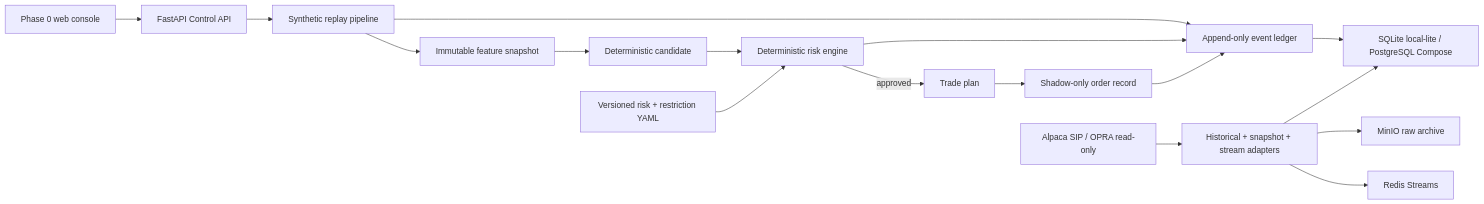
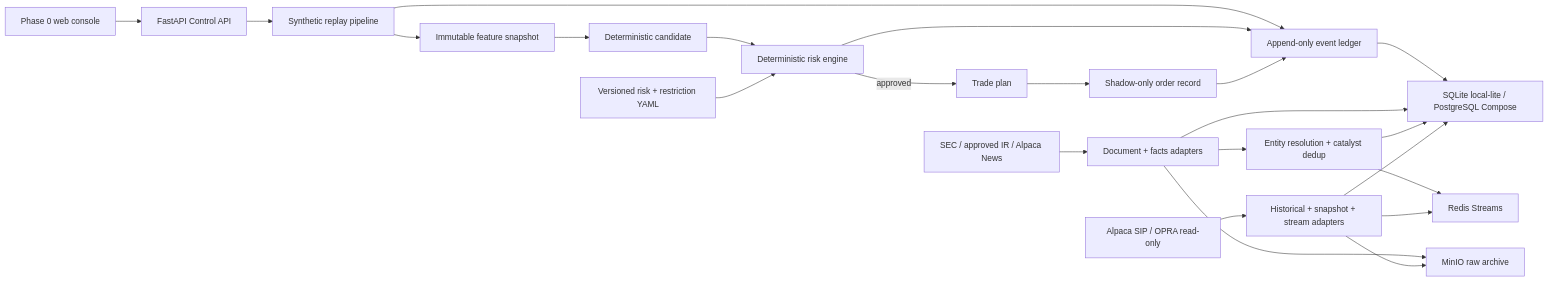
Before and after one commit to wsjnohyeah/qagent: the first of 2 diagrams in context.md, drawn with Mermaid. The commit also changed other lines of this file and 22 other files, not shown here.

````diff
--- a/context.md
+++ b/context.md
@@ -115,19 +119,25 @@
 ```mermaid
 flowchart LR
     UI["Phase 0 web console"] --> API["FastAPI Control API"]
     API --> PIPE["Synthetic replay pipeline"]
     PIPE --> FEAT["Immutable feature snapshot"]
     FEAT --> STRAT["Deterministic candidate"]
     STRAT --> RISK["Deterministic risk engine"]
     CONFIG["Versioned risk + restriction YAML"] --> RISK
     RISK -->|approved| PLAN["Trade plan"]
     PLAN --> SHADOW["Shadow-only order record"]
     PIPE --> LEDGER["Append-only event ledger"]
     RISK --> LEDGER
     SHADOW --> LEDGER
     LEDGER --> DB["SQLite local-lite / PostgreSQL Compose"]
     ALPACA["Alpaca SIP / OPRA read-only"] --> INGEST["Historical + snapshot + stream adapters"]
+    SOURCES["SEC / approved IR / Alpaca News"] --> DOCINGEST["Document + facts adapters"]
+    DOCINGEST --> CATALYST["Entity resolution + catalyst dedup"]
+    DOCINGEST --> MINIO
+    DOCINGEST --> DB
+    CATALYST --> DB
+    CATALYST --> REDIS
     INGEST --> MINIO["MinIO raw archive"]
     INGEST --> DB
     INGEST --> REDIS["Redis Streams"]
 ```
````
